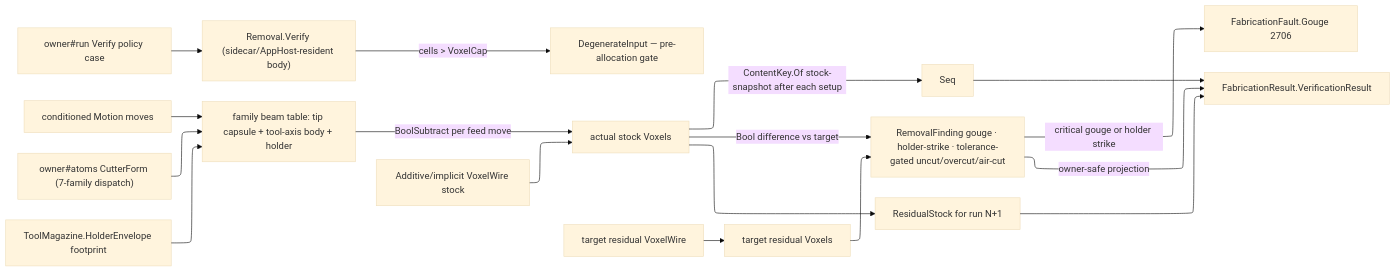
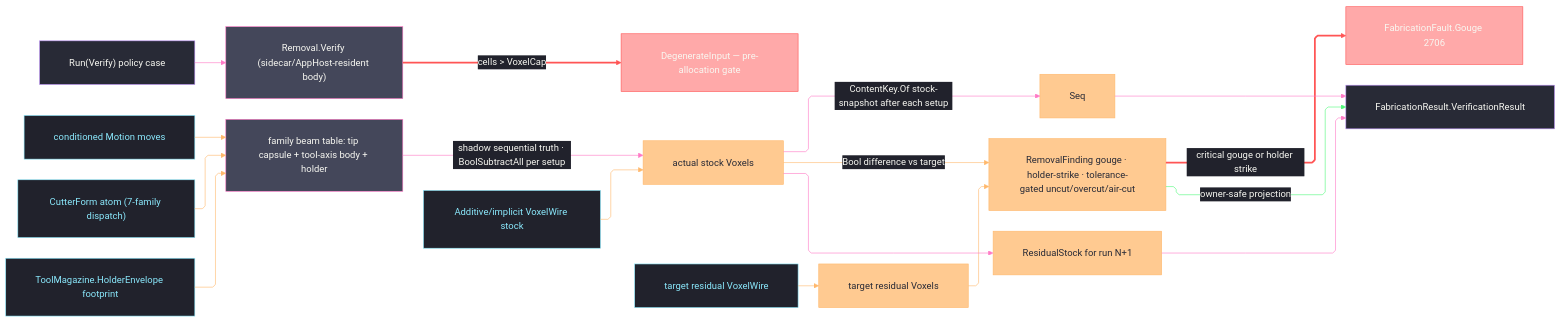
One commit to bsamiee/Rasm changed the diagram in libs/csharp/Rasm.Fabrication/.planning/Verify/removal.md. Above: the diagram before and after it, drawn with Mermaid. The commit also changed other lines of this file and 128 other files, not shown here.

First line of the commit message:
snapshot: Fabrication rebuild-run corpus landed + fleet one-fable-seat collapse + pr-loop universal rebuild, mid clean-refactor

````diff
--- a/libs/csharp/Rasm.Fabrication/.planning/Verify/removal.md
+++ b/libs/csharp/Rasm.Fabrication/.planning/Verify/removal.md
@@ -396,24 +609,57 @@
 ```mermaid
 ---
 config:
+  theme: base
+  look: classic
   layout: elk
-  theme: base
+  flowchart:
+    curve: linear
+    padding: 25
+  themeVariables:
+    darkMode: true
+    fontFamily: "SF Mono, Menlo, Cascadia Mono, Segoe UI Mono, Consolas, monospace"
+    useGradient: false
+    dropShadow: "none"
+    background: "#282A36"
+    primaryColor: "#44475A"
+    primaryTextColor: "#F8F8F2"
+    primaryBorderColor: "#BD93F9"
+    lineColor: "#FF79C6"
+    textColor: "#F8F8F2"
+    edgeLabelBackground: "#21222C"
+    labelBackgroundColor: "#21222C"
+  themeCSS: ".nodeLabel{font-size:13px;font-weight:500}.edgeLabel{font-size:12px;font-weight:500}.cluster-label .nodeLabel{font-size:13.5px;font-weight:700;letter-spacing:.08em}.edge-thickness-normal{stroke-width:2px}.edge-thickness-thick{stroke-width:3px}.edge-pattern-dashed,.edge-pattern-dotted{stroke-width:1.5px;stroke-dasharray:4 6}.node rect,.node circle,.node polygon,.node path,.node .outer-path{stroke-width:1.5px;filter:none!important}.cluster rect{stroke-width:1px!important;stroke-dasharray:5 4!important;filter:none!important}.marker path{transform:scale(.8);transform-origin:5px 5px}.marker circle{transform:scale(.48);transform-origin:5px 5px}.edgeLabel rect{transform-box:fill-box;transform-origin:center;transform:scale(1.1,1.2)}"
 ---
 flowchart LR
-    Run["owner#run Verify policy case"] --> Removal["Removal.Verify (sidecar/AppHost-resident body)"]
+    accTitle: Material-removal verification rail
+    accDescr: Admitted stock, target, cutter, holder, and conditioned motion compose sequential setup truth before one batched material commit, keyed snapshots, tolerance findings, and residual-stock projection.
+    Run["Run(Verify) policy case"] --> Removal["Removal.Verify (sidecar/AppHost-resident body)"]
     Removal -->|"cells > VoxelCap"| Cap["DegenerateInput — pre-allocation gate"]
     Stock["Additive/implicit VoxelWire stock"] --> Actual["actual stock Voxels"]
     Target["target residual VoxelWire"] --> Nominal["target residual Voxels"]
     Motion["conditioned Motion moves"] --> Sweep["family beam table: tip capsule + tool-axis body + holder"]
-    Cutter["owner#atoms CutterForm (7-family dispatch)"] --> Sweep
+    Cutter["CutterForm atom (7-family dispatch)"] --> Sweep
     Holder["ToolMagazine.HolderEnvelope footprint"] --> Sweep
-    Sweep -->|"BoolSubtract per feed move"| Actual
+    Sweep -->|"shadow sequential truth · BoolSubtractAll per setup"| Actual
     Actual -->|"ContentKey.Of stock-snapshot after each setup"| Snapshot["Seq<StockSnapshot>"]
     Actual -->|"Bool difference vs target"| Receipt["RemovalFinding gouge · holder-strike · tolerance-gated uncut/overcut/air-cut"]
     Nominal --> Receipt
     Receipt -->|"critical gouge or holder strike"| Fault["FabricationFault.Gouge 2706"]
     Receipt -->|"owner-safe projection"| Result["FabricationResult.VerificationResult"]
     Snapshot --> Result
     Actual --> Residual["ResidualStock for run N+1"]
     Residual --> Result
+    linkStyle 1,11 stroke:#FF5555,stroke-width:3px,color:#F8F8F2
+    linkStyle 2,3,4,5,6,9,10 stroke:#FFB86C,color:#F8F8F2
+    linkStyle 12 stroke:#50FA7B,color:#F8F8F2
+    classDef primary fill:#44475A,stroke:#FF79C6,color:#F8F8F2
+    classDef boundary fill:#282A36,stroke:#BD93F9,color:#F8F8F2
+    classDef data fill:#FFB86CBF,stroke:#FFB86C,color:#282A36
+    classDef error fill:#FF555580,stroke:#FF5555,color:#F8F8F2
+    classDef external fill:#21222C,stroke:#8BE9FD,color:#8BE9FD
+    class Removal,Sweep primary
+    class Run,Result boundary
+    class Actual,Nominal,Snapshot,Receipt,Residual data
+    class Cap,Fault error
+    class Stock,Target,Motion,Cutter,Holder external
 ```
````
